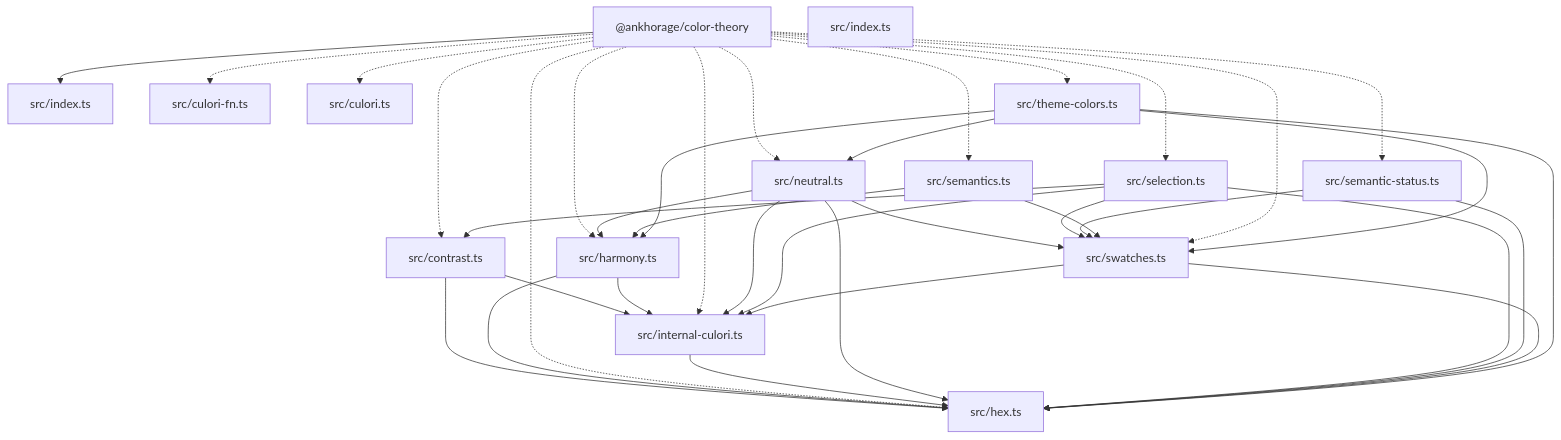
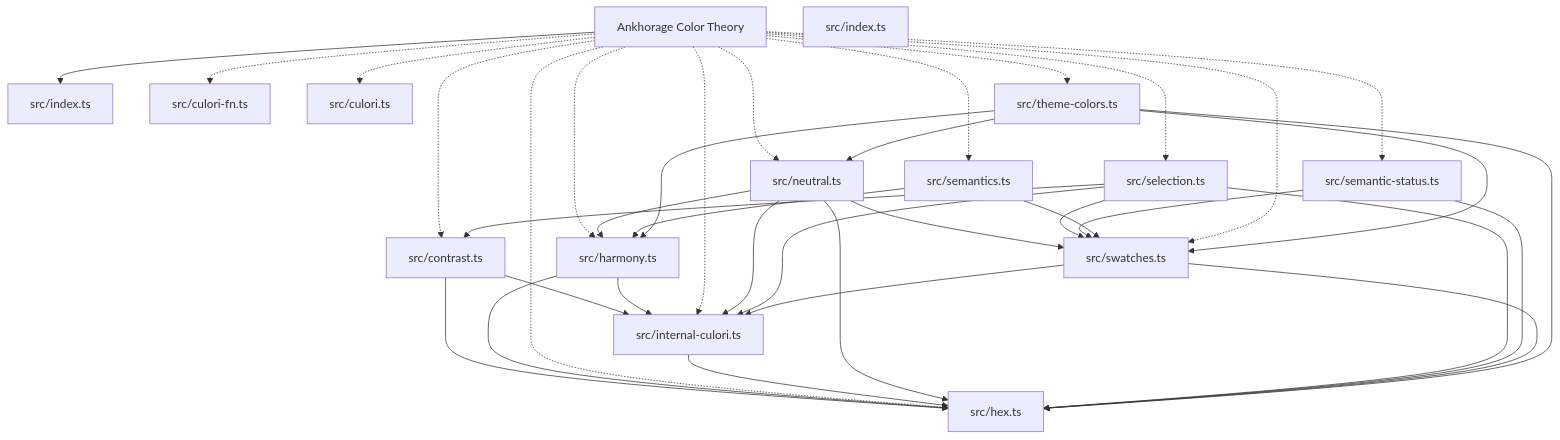
Before and after one commit to ankhorage/color-theory: the diagram in paradox/diagrams/architecture-overview.mmd, drawn with Mermaid. The commit also changed 8 other files, not shown here.

```diff
--- a/paradox/diagrams/architecture-overview.mmd
+++ b/paradox/diagrams/architecture-overview.mmd
@@ -1,52 +1,52 @@
 graph TD
-  package__ankhorage_color_theory["@ankhorage/color-theory"]
+  package__ankhorage_color_theory["Ankhorage Color Theory"]
   entrypoint_src_index_ts["src/index.ts"]
   package__ankhorage_color_theory --> entrypoint_src_index_ts
   module_src_contrast_ts["src/contrast.ts"]
   package__ankhorage_color_theory -.-> module_src_contrast_ts
   module_src_contrast_ts --> module_src_hex_ts
   module_src_contrast_ts --> module_src_internal_culori_ts
   module_src_culori_fn_ts["src/culori-fn.ts"]
   package__ankhorage_color_theory -.-> module_src_culori_fn_ts
   module_src_culori_ts["src/culori.ts"]
   package__ankhorage_color_theory -.-> module_src_culori_ts
   module_src_harmony_ts["src/harmony.ts"]
   package__ankhorage_color_theory -.-> module_src_harmony_ts
   module_src_harmony_ts --> module_src_hex_ts
   module_src_harmony_ts --> module_src_internal_culori_ts
   module_src_hex_ts["src/hex.ts"]
   package__ankhorage_color_theory -.-> module_src_hex_ts
   module_src_index_ts["src/index.ts"]
   module_src_internal_culori_ts["src/internal-culori.ts"]
   package__ankhorage_color_theory -.-> module_src_internal_culori_ts
   module_src_internal_culori_ts --> module_src_hex_ts
   module_src_neutral_ts["src/neutral.ts"]
   package__ankhorage_color_theory -.-> module_src_neutral_ts
   module_src_neutral_ts --> module_src_harmony_ts
   module_src_neutral_ts --> module_src_hex_ts
   module_src_neutral_ts --> module_src_internal_culori_ts
   module_src_neutral_ts --> module_src_swatches_ts
   module_src_selection_ts["src/selection.ts"]
   package__ankhorage_color_theory -.-> module_src_selection_ts
   module_src_selection_ts --> module_src_contrast_ts
   module_src_selection_ts --> module_src_hex_ts
   module_src_selection_ts --> module_src_internal_culori_ts
   module_src_selection_ts --> module_src_swatches_ts
   module_src_semantic_status_ts["src/semantic-status.ts"]
   package__ankhorage_color_theory -.-> module_src_semantic_status_ts
   module_src_semantic_status_ts --> module_src_hex_ts
   module_src_semantic_status_ts --> module_src_swatches_ts
   module_src_semantics_ts["src/semantics.ts"]
   package__ankhorage_color_theory -.-> module_src_semantics_ts
   module_src_semantics_ts --> module_src_harmony_ts
   module_src_semantics_ts --> module_src_swatches_ts
   module_src_swatches_ts["src/swatches.ts"]
   package__ankhorage_color_theory -.-> module_src_swatches_ts
   module_src_swatches_ts --> module_src_hex_ts
   module_src_swatches_ts --> module_src_internal_culori_ts
   module_src_theme_colors_ts["src/theme-colors.ts"]
   package__ankhorage_color_theory -.-> module_src_theme_colors_ts
   module_src_theme_colors_ts --> module_src_harmony_ts
   module_src_theme_colors_ts --> module_src_hex_ts
   module_src_theme_colors_ts --> module_src_neutral_ts
   module_src_theme_colors_ts --> module_src_swatches_ts
```
